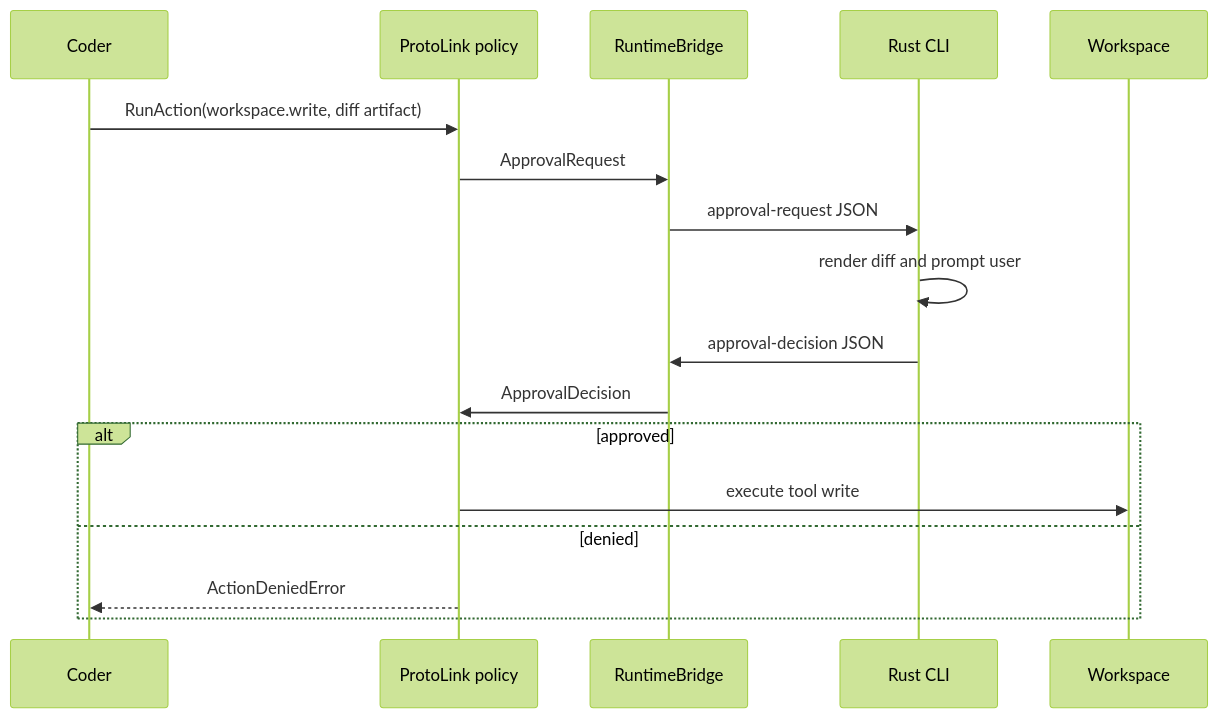
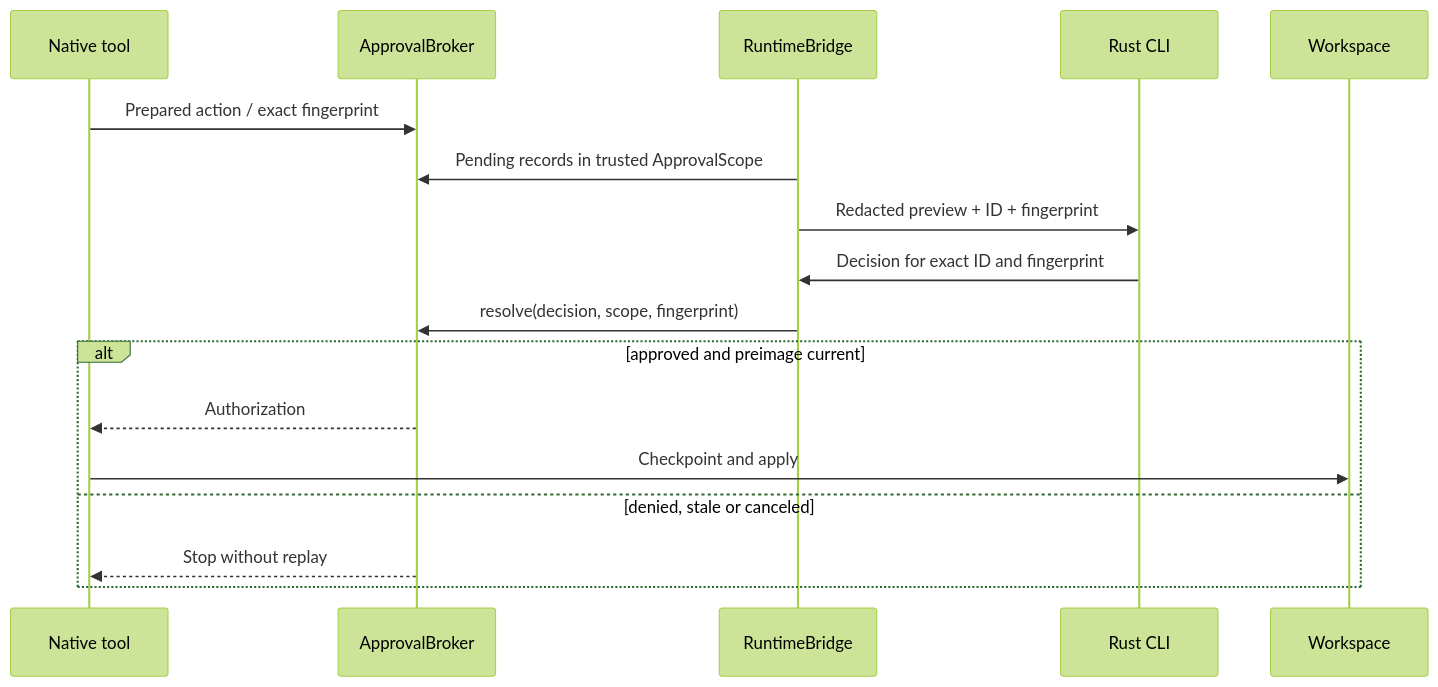
One commit to nMaroulis/protoagent changed the diagram in docs/content/cli/safety-tracing.md. Above: the diagram before and after it, drawn with Mermaid (forest theme). The commit also changed other lines of this file and 70 other files, not shown here.

````diff
--- a/docs/content/cli/safety-tracing.md
+++ b/docs/content/cli/safety-tracing.md
@@ -23,20 +16,19 @@
 ```mermaid
 sequenceDiagram
-  participant Coder
-  participant PL as ProtoLink policy
-  participant Py as RuntimeBridge
+  participant Tool as Native tool
+  participant Broker as ApprovalBroker
+  participant Bridge as RuntimeBridge
   participant Rust as Rust CLI
   participant FS as Workspace
-
-  Coder->>PL: RunAction(workspace.write, diff artifact)
-  PL->>Py: ApprovalRequest
-  Py->>Rust: approval-request JSON
-  Rust->>Rust: render diff and prompt user
-  Rust->>Py: approval-decision JSON
-  Py->>PL: ApprovalDecision
-  alt approved
-    PL->>FS: execute tool write
-  else denied
-    PL-->>Coder: ActionDeniedError
+  Tool->>Broker: Prepared action / exact fingerprint
+  Bridge->>Broker: Pending records in trusted ApprovalScope
+  Bridge->>Rust: Redacted preview + ID + fingerprint
+  Rust->>Bridge: Decision for exact ID and fingerprint
+  Bridge->>Broker: resolve(decision, scope, fingerprint)
+  alt approved and preimage current
+    Broker-->>Tool: Authorization
+    Tool->>FS: Checkpoint and apply
+  else denied, stale or canceled
+    Broker-->>Tool: Stop without replay
   end
 ```
````
